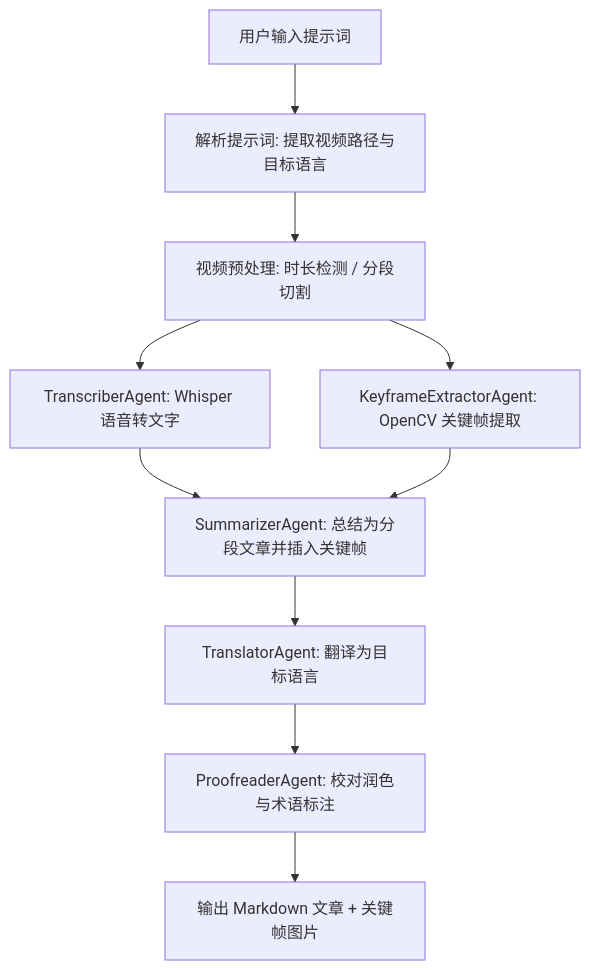
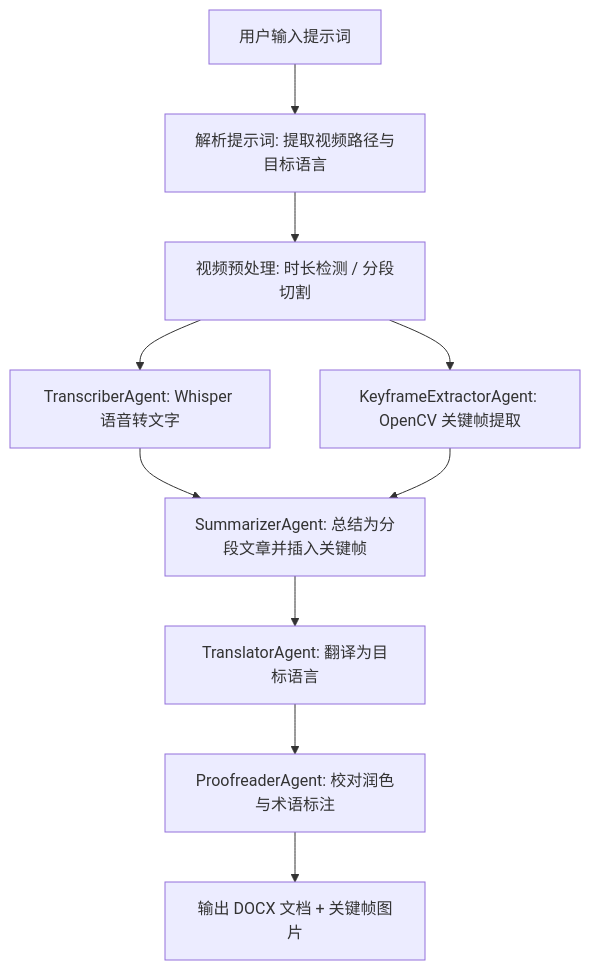
The diagram in README.md (eraft-io/ai-vtt-agents-team), drawn with Mermaid before and after one commit. The commit also changed other lines of this file and 9 other files, not shown here.

````diff
--- a/README.md
+++ b/README.md
@@ -23,12 +24,12 @@
 ```mermaid
 graph TB
     A[用户输入提示词] --> B[解析提示词: 提取视频路径与目标语言]
     B --> P[视频预处理: 时长检测 / 分段切割]
     P --> C1[TranscriberAgent: Whisper 语音转文字]
     P --> C2[KeyframeExtractorAgent: OpenCV 关键帧提取]
     C1 --> D[SummarizerAgent: 总结为分段文章并插入关键帧]
     C2 --> D
     D --> E[TranslatorAgent: 翻译为目标语言]
     E --> F[ProofreaderAgent: 校对润色与术语标注]
-    F --> G[输出 Markdown 文章 + 关键帧图片]
+    F --> G[输出 DOCX 文档 + 关键帧图片]
 ```
````
